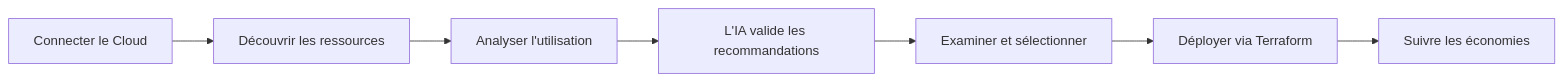
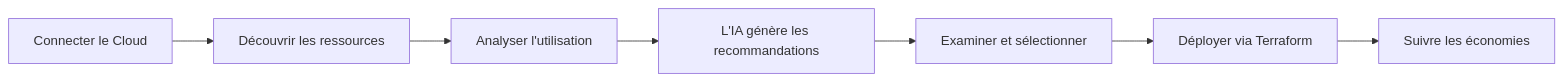
The diagram in fr/how-it-works.md (Jetscale-ai/jetscale-docs), drawn with Mermaid before and after one commit. The commit also changed other lines of this file and 6 other files, not shown here.

````diff
--- a/fr/how-it-works.md
+++ b/fr/how-it-works.md
@@ -13,9 +13,9 @@
 ```mermaid
 graph LR
     A[Connecter le Cloud] --> B[Découvrir les ressources]
     B --> C[Analyser l'utilisation]
-    C --> D[L'IA valide les recommandations]
+    C --> D[L'IA génère les recommandations]
     D --> E[Examiner et sélectionner]
     E --> F[Déployer via Terraform]
     F --> G[Suivre les économies]
 ```
````
